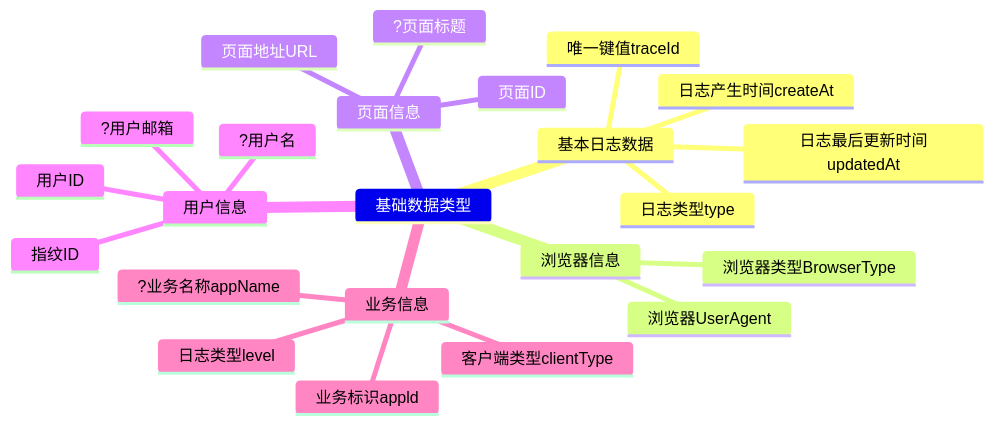
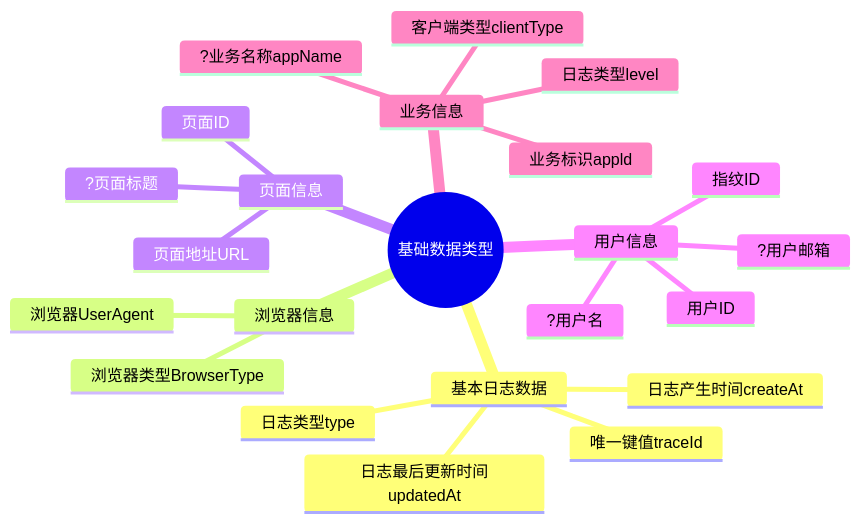
The first of 2 diagrams in doc/软件工程/架构/系统设计/前端监控.md (0xcaffebabe/note), drawn with Mermaid before and after one commit. The commit also changed 12 other files, not shown here.

First line of the commit message:
docs(mindmap): 统一思维导图根节点格式

````diff
--- a/doc/软件工程/架构/系统设计/前端监控.md
+++ b/doc/软件工程/架构/系统设计/前端监控.md
@@ -6,26 +6,26 @@
 ```mermaid
 mindmap
-  基础数据类型
+  root((基础数据类型))
     基本日志数据
       唯一键值traceId
       日志类型type
       日志产生时间createAt
       日志最后更新时间updatedAt
     浏览器信息
       浏览器UserAgent
       浏览器类型BrowserType
     页面信息
       页面ID
       页面地址URL
       ?页面标题
     用户信息
       指纹ID
       用户ID
       ?用户名
       ?用户邮箱
     业务信息
       业务标识appld
       ?业务名称appName
       客户端类型clientType
       日志类型level
 ```
````
